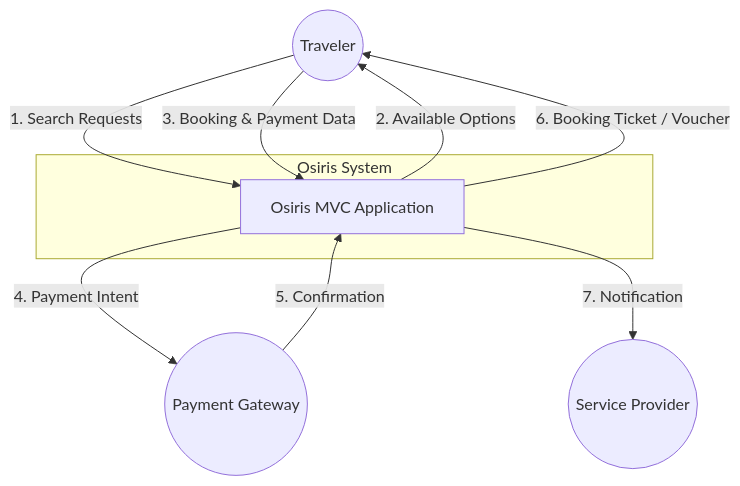
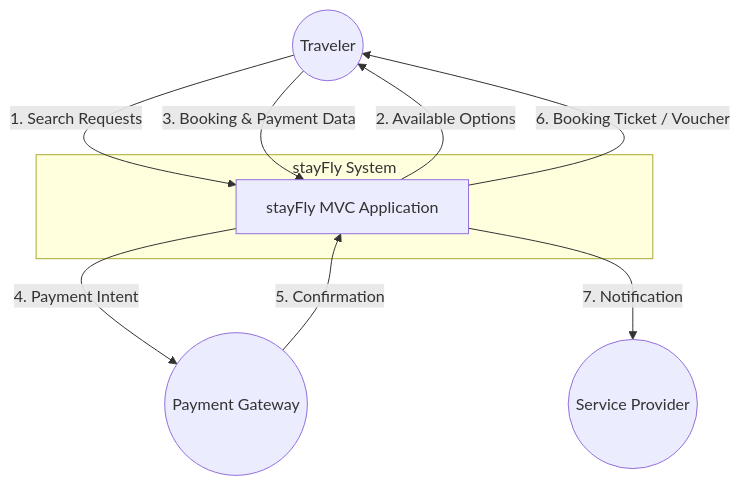
The sixth of 12 diagrams in docs/System_Analysis_and_Design.md (abdelrahmansaeed19/StayFly), drawn with Mermaid before and after one commit. The commit also changed other lines of this file, not shown here.

Commit message:
Rename Osiris to stayFly in documentation

````diff
--- a/docs/System_Analysis_and_Design.md
+++ b/docs/System_Analysis_and_Design.md
@@ -134,19 +223,19 @@
 ```mermaid
 flowchart TD
     Traveler((Traveler))
     Provider((Service Provider))
     PaymentGateway((Payment Gateway))
     
-    subgraph Osiris System
-        System[Osiris MVC Application]
+    subgraph stayFly System
+        System[stayFly MVC Application]
     end
 
     Traveler -- 1. Search Requests --> System
     System -- 2. Available Options --> Traveler
     Traveler -- 3. Booking & Payment Data --> System
     System -- 4. Payment Intent --> PaymentGateway
     PaymentGateway -- 5. Confirmation --> System
     System -- 6. Booking Ticket / Voucher --> Traveler
     System -- 7. Notification --> Provider
 
 ```
````
